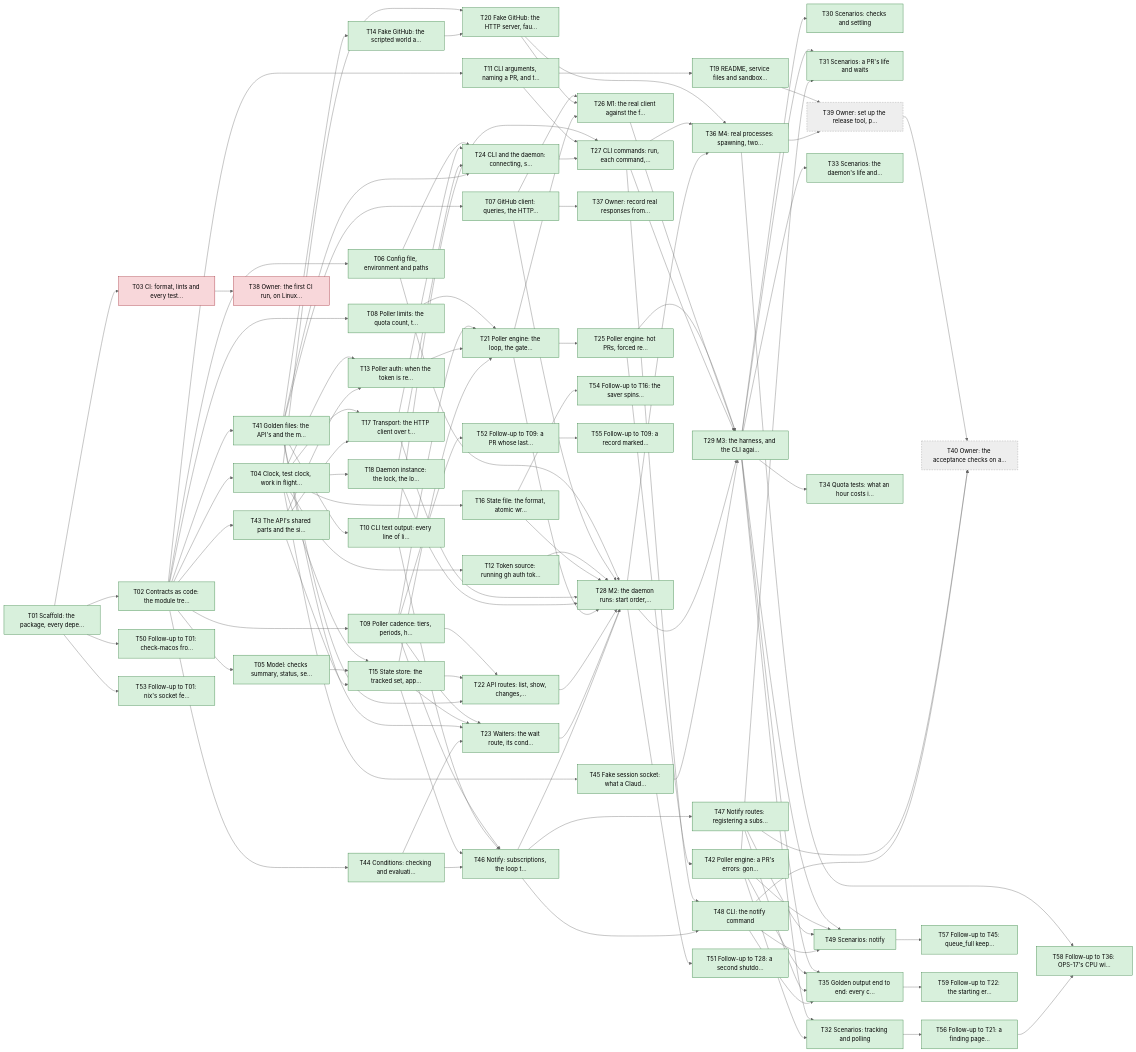
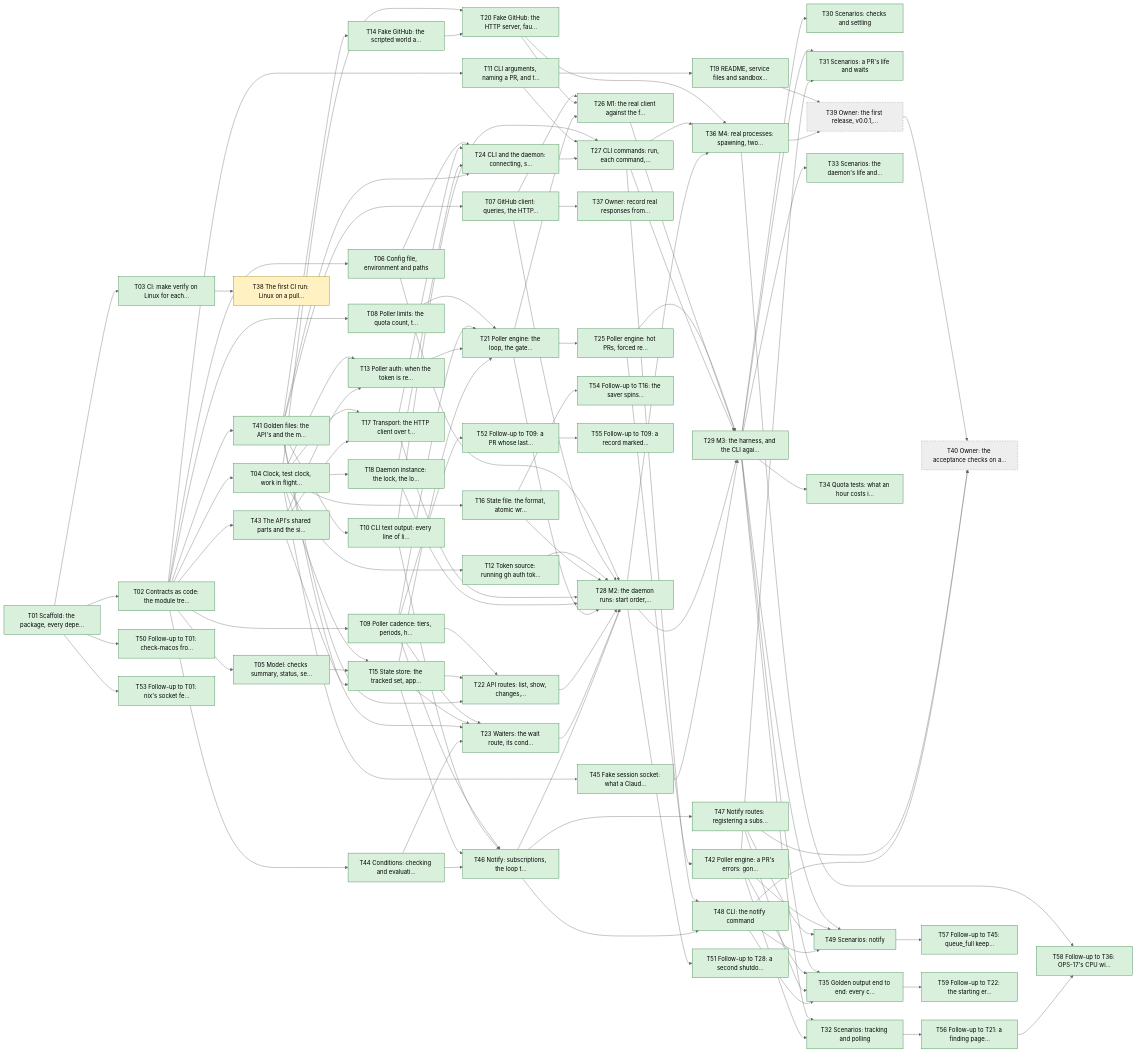
One commit to yachiko/circitor changed the diagram in plan/README.md. Above: the diagram before and after it, drawn with Mermaid (neutral theme). The commit also changed other lines of this file and 15 other files, not shown here.

First line of the commit message:
Add CI on pull requests and a release pipeline to the tap (T03)

```diff
--- a/plan/README.md
+++ b/plan/README.md
@@ -148,7 +148,7 @@
 flowchart LR
   T01["T01 Scaffold: the package, every depe…"]:::done
   T02["T02 Contracts as code: the module tre…"]:::done
-  T03["T03 CI: format, lints and every test…"]:::blocked
+  T03["T03 CI: make verify on Linux for each…"]:::done
   T04["T04 Clock, test clock, work in flight…"]:::done
   T05["T05 Model: checks summary, status, se…"]:::done
   T06["T06 Config file, environment and paths"]:::done
@@ -183,8 +183,8 @@
   T35["T35 Golden output end to end: every c…"]:::done
   T36["T36 M4: real processes: spawning, two…"]:::done
   T37["T37 Owner: record real responses from…"]:::done
-  T38["T38 Owner: the first CI run, on Linux…"]:::blocked
-  T39["T39 Owner: set up the release tool, p…"]:::manual
+  T38["T38 The first CI run: Linux on a pull…"]:::active
+  T39["T39 Owner: the first release, v0.0.1,…"]:::manual
   T40["T40 Owner: the acceptance checks on a…"]:::manual
   T41["T41 Golden files: the API's and the m…"]:::done
   T42["T42 Poller engine: a PR's errors: gon…"]:::done
```
